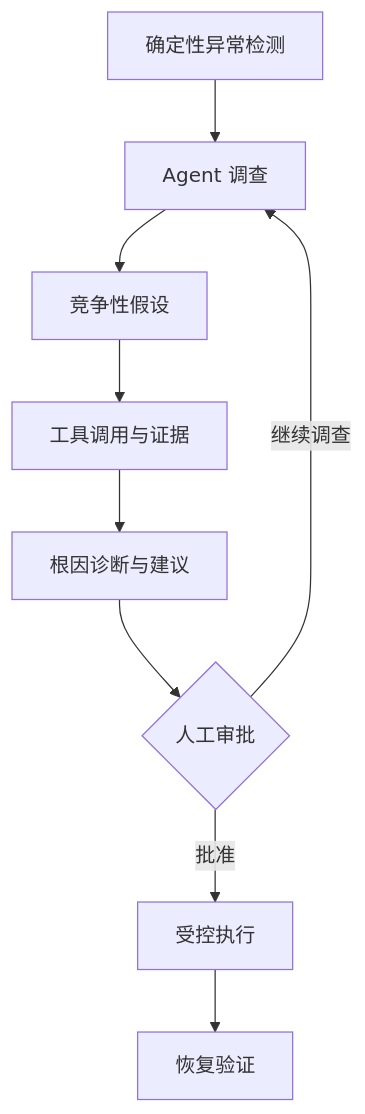
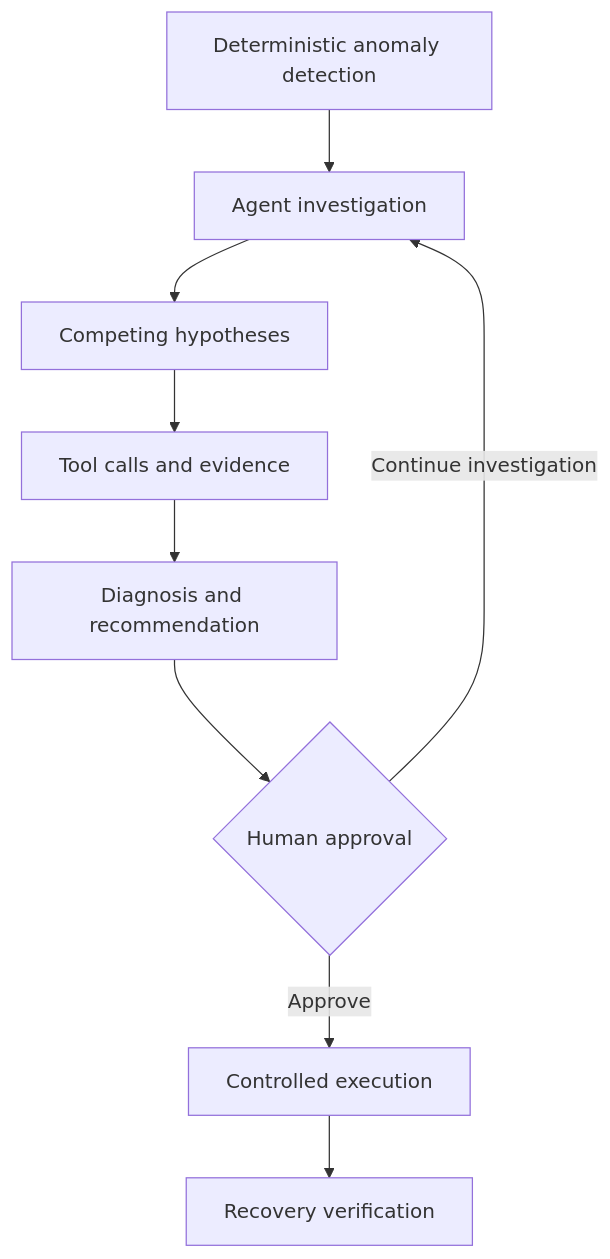
One commit to Eason4real/releaseguard-ai changed the first of 2 diagrams in README.md. Above: the diagram before and after it, drawn with Mermaid. The commit also changed other lines of this file and 13 other files, not shown here.

````diff
--- a/README.md
+++ b/README.md
@@ -27,11 +27,11 @@
 ```mermaid
 flowchart TD
-    A[确定性异常检测] --> B[Agent 调查]
-    B --> C[竞争性假设]
-    C --> D[工具调用与证据]
-    D --> E[根因诊断与建议]
-    E --> F{人工审批}
-    F -->|继续调查| B
-    F -->|批准| G[受控执行]
-    G --> H[恢复验证]
+    A[Deterministic anomaly detection] --> B[Agent investigation]
+    B --> C[Competing hypotheses]
+    C --> D[Tool calls and evidence]
+    D --> E[Diagnosis and recommendation]
+    E --> F{Human approval}
+    F -->|Continue investigation| B
+    F -->|Approve| G[Controlled execution]
+    G --> H[Recovery verification]
 ```
````
